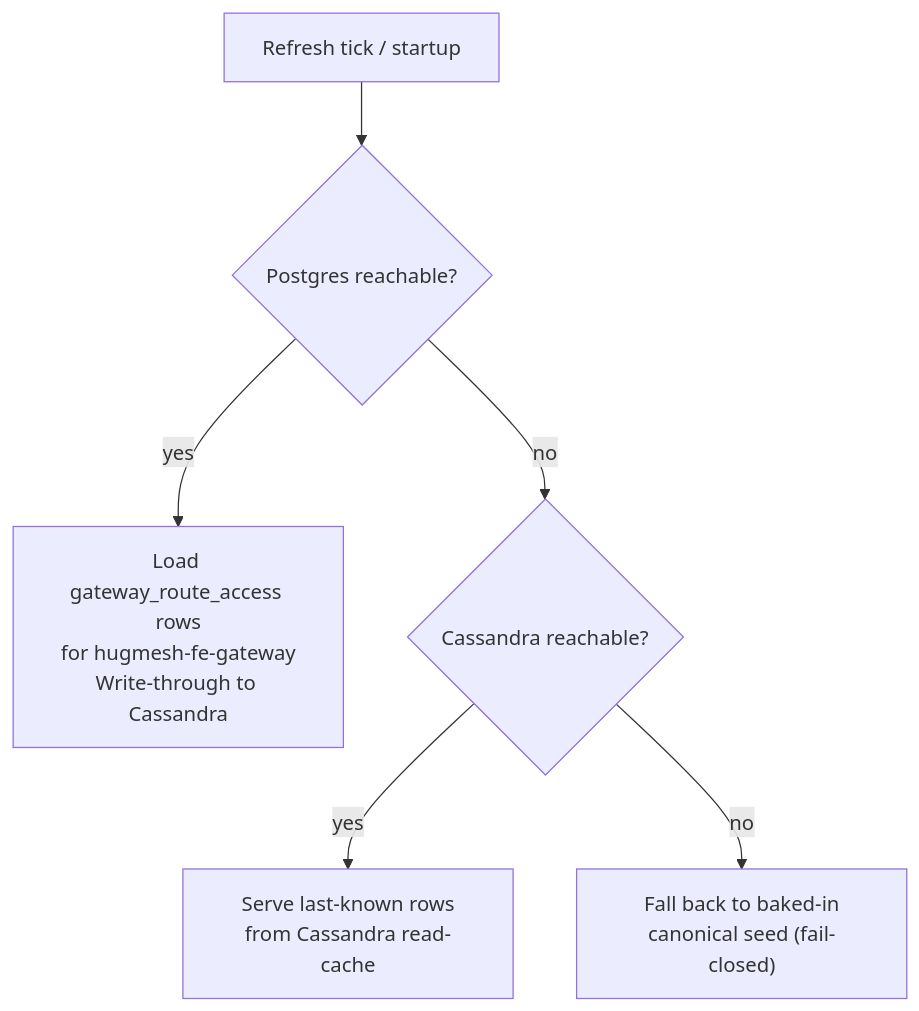
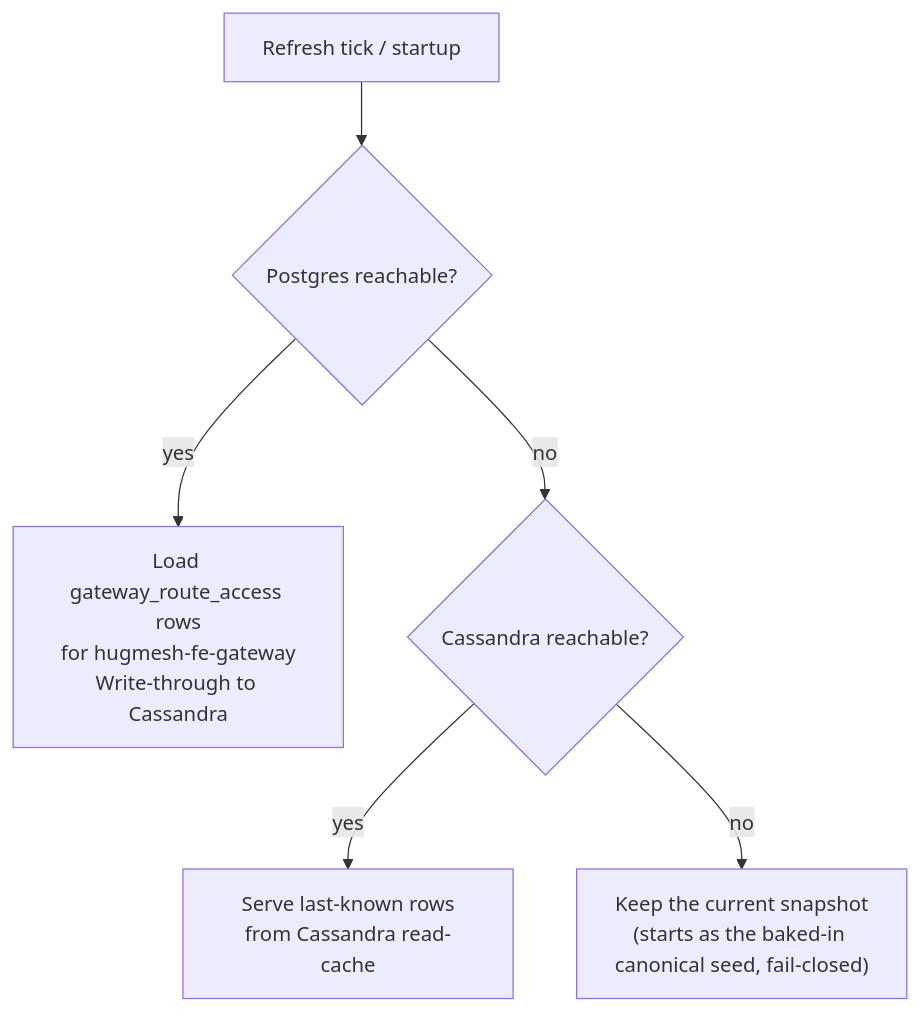
The second of 3 diagrams in README.md (hugmesh/hugmesh-fe-gateway), drawn with Mermaid before and after one commit. The commit also changed other lines of this file, not shown here.

First line of the commit message:
docs(readme): correct stale and wrong claims against current main

````diff
--- a/README.md
+++ b/README.md
@@ -247,8 +272,8 @@
 ```mermaid
 flowchart TB
     A["Refresh tick / startup"] --> B{Postgres reachable?}
     B -- yes --> C["Load gateway_route_access rows\nfor hugmesh-fe-gateway\nWrite-through to Cassandra"]
     B -- no --> D{Cassandra reachable?}
     D -- yes --> E["Serve last-known rows\nfrom Cassandra read-cache"]
-    D -- no --> F["Fall back to baked-in\ncanonical seed (fail-closed)"]
+    D -- no --> F["Keep the current snapshot\n(starts as the baked-in canonical seed, fail-closed)"]
 ```
````
